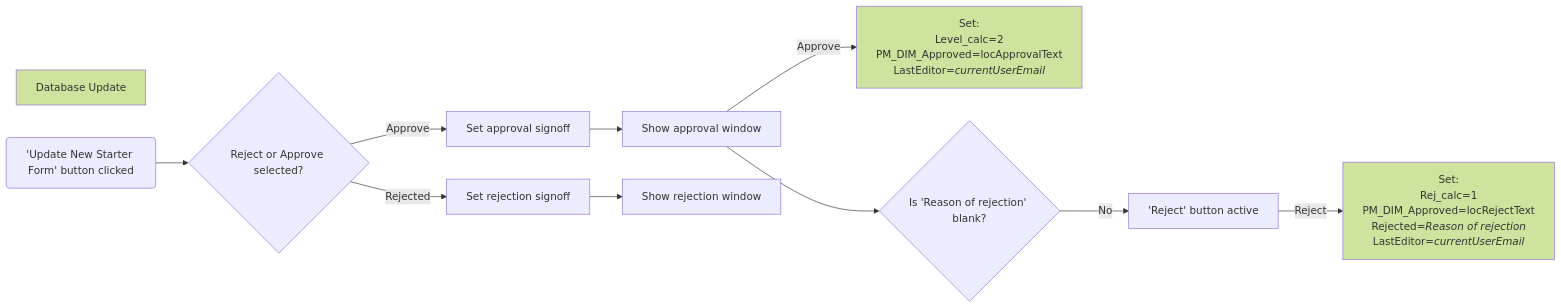
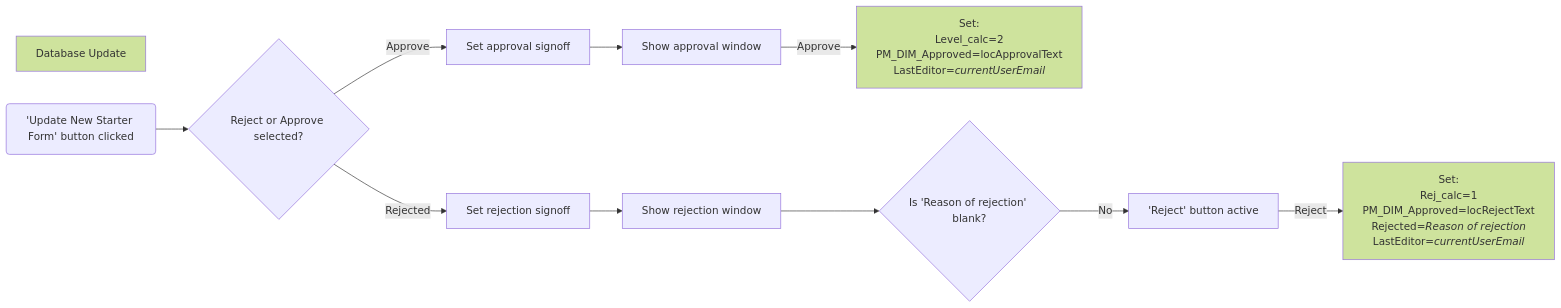
Before and after one commit to SzuberP/SMPA: the third of 3 diagrams in Detailed_approval_flow.md, drawn with Mermaid.

````diff
--- a/Detailed_approval_flow.md
+++ b/Detailed_approval_flow.md
@@ -36,17 +36,17 @@
 ``` mermaid
 flowchart LR
     J[Database Update]
     A('Update New Starter Form' button clicked) --> B{Reject or Approve selected?}
     B -->|Approve|C[Set approval signoff]
     B -->|Rejected|D[Set rejection signoff]
     C--> E[Show approval window]
     D--> F[Show rejection window]
     E-->|Approve|G[Set:\nLevel_calc=2\nPM_DIM_Approved=locApprovalText\nLastEditor=<i>currentUserEmail]
-    E --> H{Is 'Reason of rejection' blank?}
+    F --> H{Is 'Reason of rejection' blank?}
     H -->|No|K['Reject' button active]
     K --> |Reject|I[Set:\nRej_calc=1\nPM_DIM_Approved=locRejectText\nRejected=<i>Reason of rejection</i>\nLastEditor=<i>currentUserEmail]
 
     style J fill:#CEE39D
     style I fill:#CEE39D
     style G fill:#CEE39D
 ```
````
